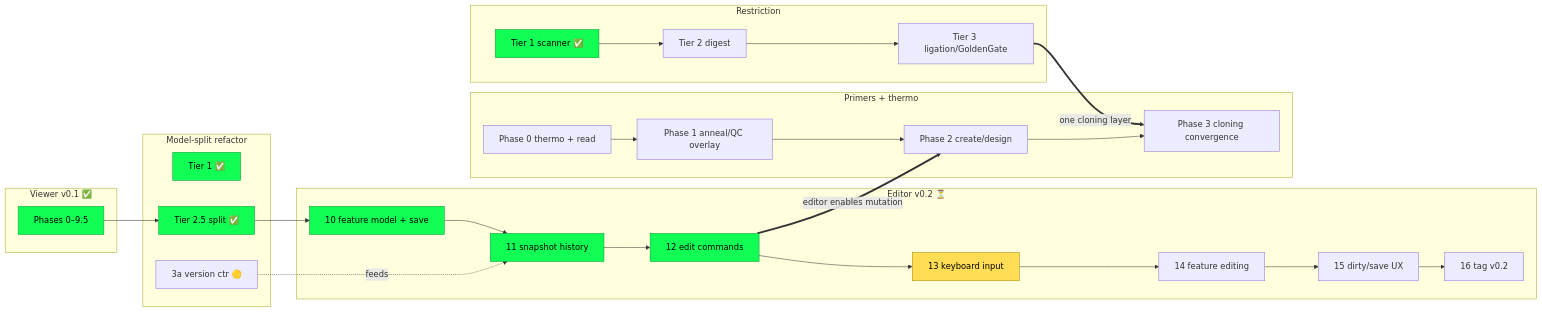
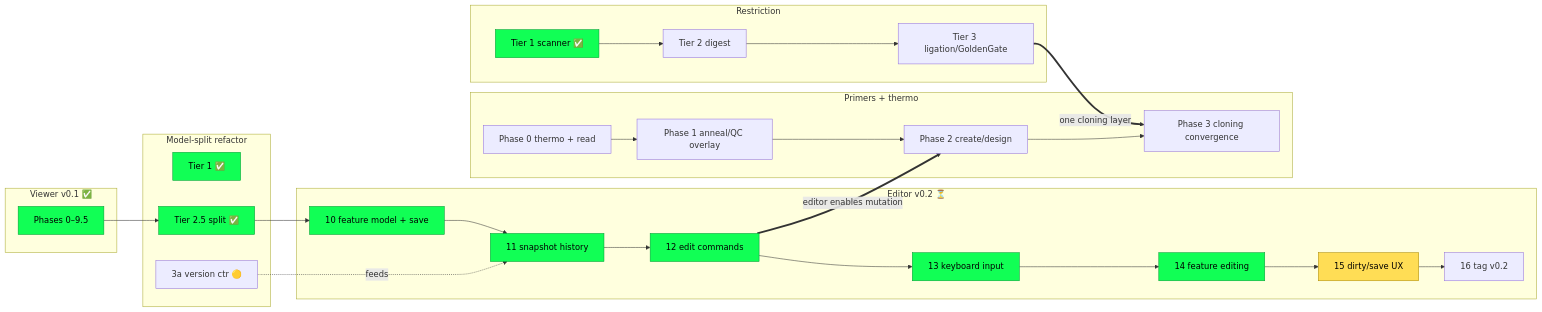
One commit to cmoscy/seqforge changed the diagram in ROADMAP.md. Above: the diagram before and after it, drawn with Mermaid. The commit also changed other lines of this file and 24 other files, not shown here.

````diff
--- a/ROADMAP.md
+++ b/ROADMAP.md
@@ -44,47 +44,47 @@
 ```mermaid
 flowchart LR
     subgraph viewer["Viewer v0.1 ✅"]
         V[Phases 0–9.5]
     end
     subgraph refactor["Model-split refactor"]
         R1[Tier 1 ✅]
         R25[Tier 2.5 split ✅]
         R3a[3a version ctr 🟡]
     end
     subgraph editor["Editor v0.2 ⏳"]
         E10[10 feature model + save]
         E11[11 snapshot history]
         E12[12 edit commands]
         E13[13 keyboard input]
         E14[14 feature editing]
         E15[15 dirty/save UX]
         E16[16 tag v0.2]
     end
     subgraph restr["Restriction"]
         T1[Tier 1 scanner ✅]
         T2[Tier 2 digest]
         T3[Tier 3 ligation/GoldenGate]
     end
     subgraph primer["Primers + thermo"]
         P0[Phase 0 thermo + read]
         P1[Phase 1 anneal/QC overlay]
         P2[Phase 2 create/design]
         P3[Phase 3 cloning convergence]
     end
 
     V --> R25
     R25 --> E10
     R3a -.feeds.-> E11
     E10 --> E11 --> E12 --> E13 --> E14 --> E15 --> E16
 
     T1 --> T2 --> T3
     P0 --> P1 --> P2 --> P3
 
     E12 ==>|editor enables mutation| P2
     T3 ==>|one cloning layer| P3
 
     classDef done fill:#1f5,stroke:#093,color:#000;
     classDef next fill:#fd5,stroke:#a80,color:#000;
-    class V,R1,R25,T1,E10,E11,E12 done;
-    class E13 next;
+    class V,R1,R25,T1,E10,E11,E12,E13,E14 done;
+    class E15 next;
 ```
````
